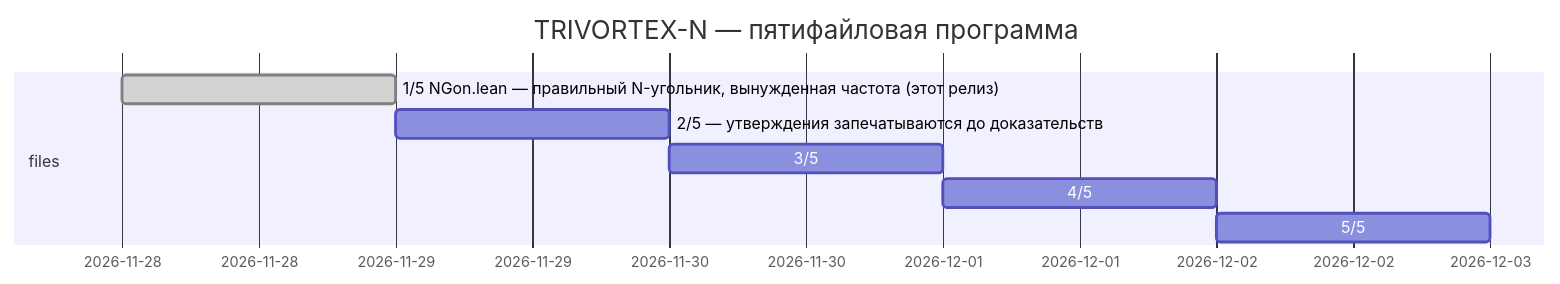
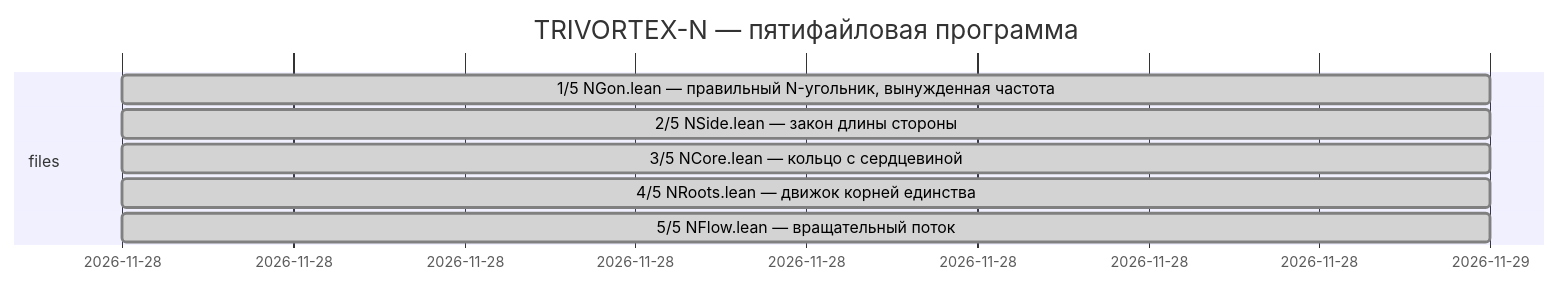
The fourth of 4 diagrams in verification/NGoen_lean4/README_RU.md (wild8highlander/Trivortex), drawn with Mermaid before and after one commit. The commit also changed other lines of this file and 32 other files, not shown here.

````diff
--- a/verification/NGoen_lean4/README_RU.md
+++ b/verification/NGoen_lean4/README_RU.md
@@ -422,11 +430,11 @@
 ```mermaid
 gantt
   title TRIVORTEX-N — пятифайловая программа
   dateFormat YYYY-MM-DD
   section files
-  1/5 NGon.lean — правильный N-угольник, вынужденная частота (этот релиз) :done, f1, 2026-11-28, 1d
-  2/5 — утверждения запечатываются до доказательств                        :f2, after f1, 1d
-  3/5                                                                       :f3, after f2, 1d
-  4/5                                                                       :f4, after f3, 1d
-  5/5                                                                       :f5, after f4, 1d
+  1/5 NGon.lean — правильный N-угольник, вынужденная частота :done, f1, 2026-11-28, 1d
+  2/5 NSide.lean — закон длины стороны                       :done, f2, 2026-11-28, 1d
+  3/5 NCore.lean — кольцо с сердцевиной                      :done, f3, 2026-11-28, 1d
+  4/5 NRoots.lean — движок корней единства                   :done, f4, 2026-11-28, 1d
+  5/5 NFlow.lean — вращательный поток                        :done, f5, 2026-11-28, 1d
 ```
````
